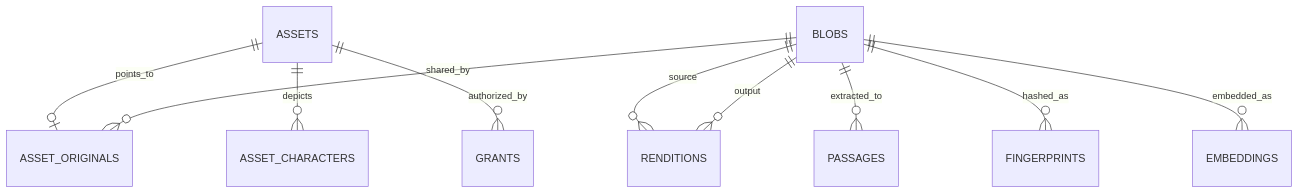
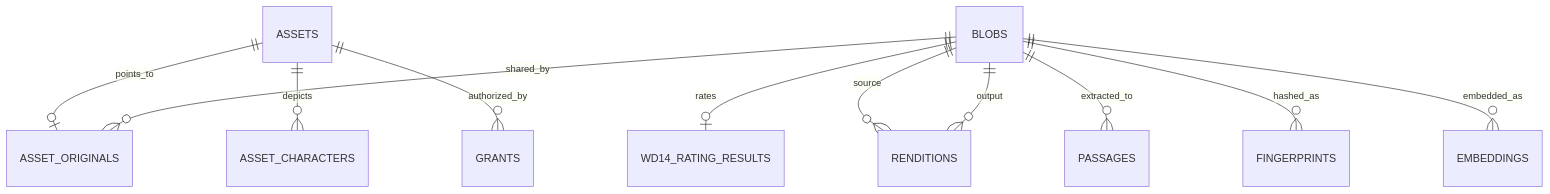
The second of 4 diagrams in media-storage-spec-v2.md (usbharu/ocms), drawn with Mermaid before and after one commit. The commit also changed other lines of this file and 29 other files, not shown here.

````diff
--- a/media-storage-spec-v2.md
+++ b/media-storage-spec-v2.md
@@ -119,12 +119,13 @@
 ```mermaid
 erDiagram
     ASSETS ||--o| ASSET_ORIGINALS : points_to
     BLOBS ||--o{ ASSET_ORIGINALS : shared_by
+    BLOBS ||--o| WD14_RATING_RESULTS : rates
     BLOBS ||--o{ RENDITIONS : source
     BLOBS ||--o{ RENDITIONS : output
     BLOBS ||--o{ PASSAGES : extracted_to
     BLOBS ||--o{ FINGERPRINTS : hashed_as
     BLOBS ||--o{ EMBEDDINGS : embedded_as
     ASSETS ||--o{ ASSET_CHARACTERS : depicts
     ASSETS ||--o{ GRANTS : authorized_by
 ```
````
